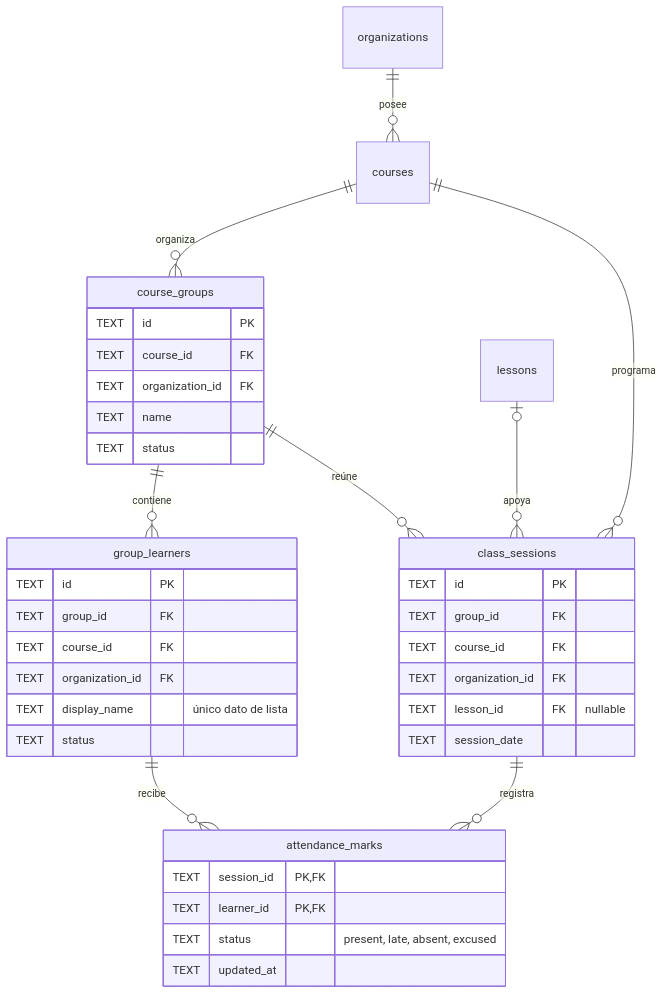
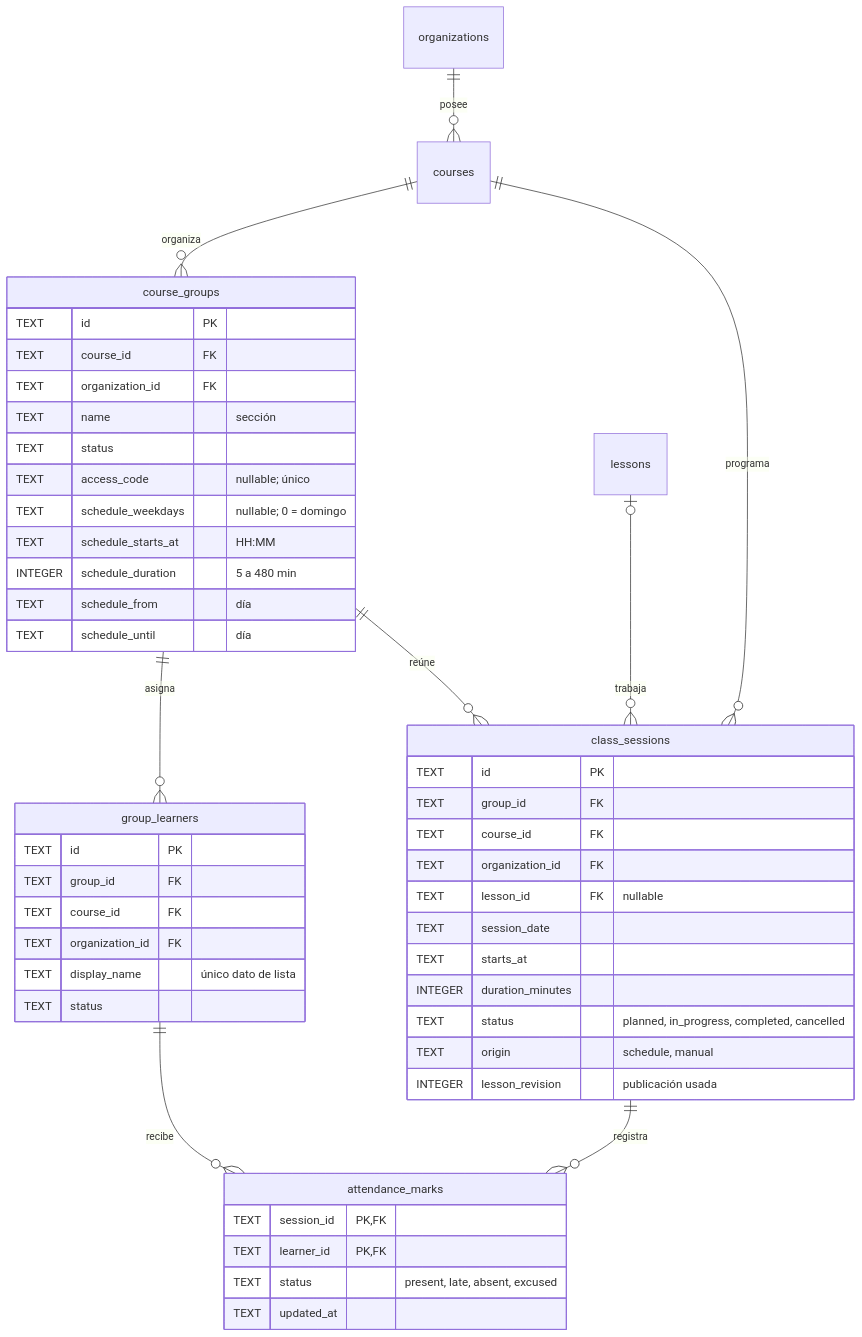
The fourth of 8 diagrams in docs/redesign/base-de-datos.md (happy-learners-gt/happy-learners-platform), drawn with Mermaid before and after one commit. The commit also changed other lines of this file and 49 other files, not shown here.

First line of the commit message:
feat(HL-141): sections with a schedule generate their classes, each class works its lesson and coverage shows what was delivered (ST-097, ST-099, ST-100)

````diff
--- a/docs/redesign/base-de-datos.md
+++ b/docs/redesign/base-de-datos.md
@@ -153,40 +153,51 @@
 ```mermaid
 erDiagram
   organizations ||--o{ courses : posee
   courses ||--o{ course_groups : organiza
-  course_groups ||--o{ group_learners : contiene
+  course_groups ||--o{ group_learners : asigna
   course_groups ||--o{ class_sessions : reúne
   courses ||--o{ class_sessions : programa
-  lessons o|--o{ class_sessions : apoya
+  lessons o|--o{ class_sessions : trabaja
   class_sessions ||--o{ attendance_marks : registra
   group_learners ||--o{ attendance_marks : recibe
   course_groups {
     TEXT id PK
     TEXT course_id FK
     TEXT organization_id FK
-    TEXT name
+    TEXT name "sección"
     TEXT status
+    TEXT access_code "nullable; único"
+    TEXT schedule_weekdays "nullable; 0 = domingo"
+    TEXT schedule_starts_at "HH:MM"
+    INTEGER schedule_duration "5 a 480 min"
+    TEXT schedule_from "día"
+    TEXT schedule_until "día"
   }
   group_learners {
     TEXT id PK
     TEXT group_id FK
     TEXT course_id FK
     TEXT organization_id FK
     TEXT display_name "único dato de lista"
     TEXT status
   }
   class_sessions {
     TEXT id PK
     TEXT group_id FK
     TEXT course_id FK
     TEXT organization_id FK
     TEXT lesson_id FK "nullable"
     TEXT session_date
+    TEXT starts_at
+    INTEGER duration_minutes
+    TEXT status "planned, in_progress, completed, cancelled"
+    TEXT origin "schedule, manual"
+    INTEGER lesson_revision "publicación usada"
   }
   attendance_marks {
     TEXT session_id PK,FK
     TEXT learner_id PK,FK
     TEXT status "present, late, absent, excused"
     TEXT updated_at
   }
 ```
````
